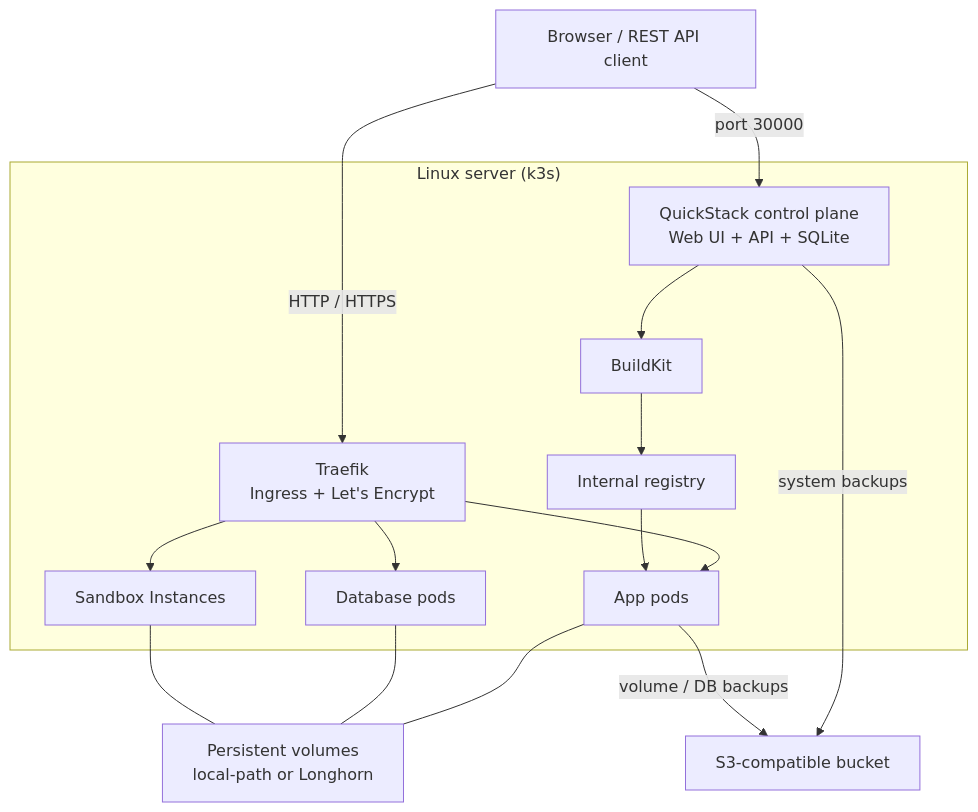
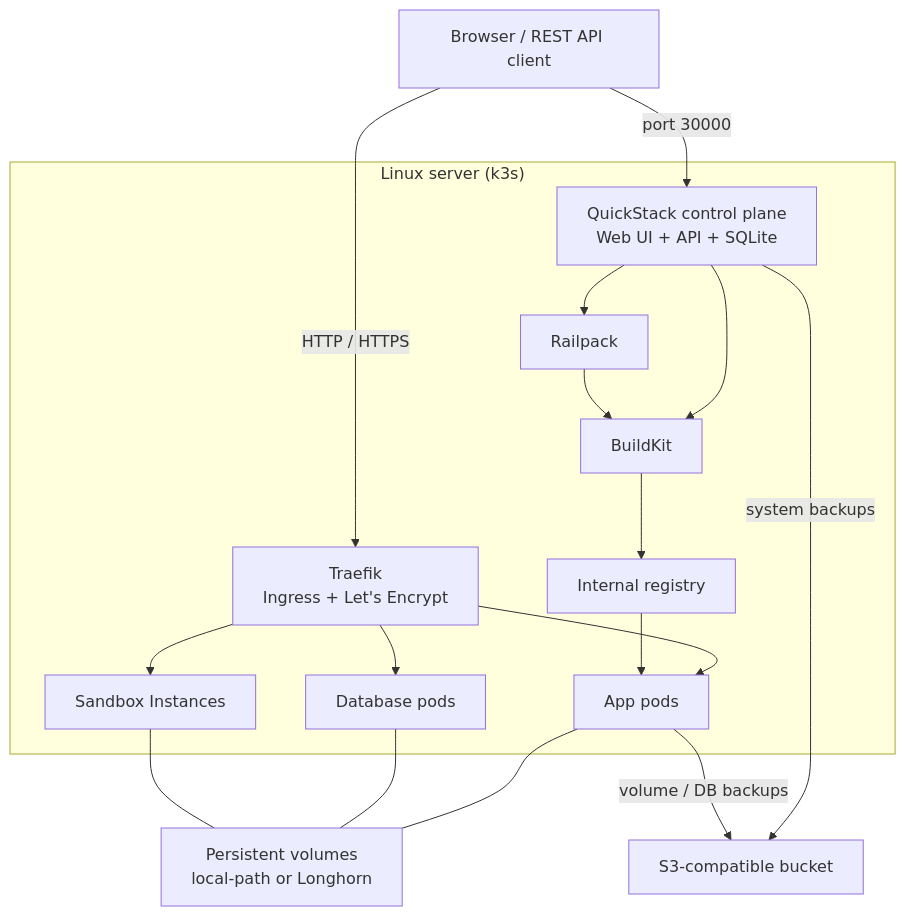
The first of 3 diagrams in content/docs/concepts/architecture.mdx (biersoeckli/QuickStack-Docs), drawn with Mermaid before and after one commit. The commit also changed other lines of this file, not shown here.

First line of the commit message:
docs: add Railpack to the architecture page

````diff
--- a/content/docs/concepts/architecture.mdx
+++ b/content/docs/concepts/architecture.mdx
@@ -27,31 +28,34 @@
 ```mermaid
 flowchart TB
   user["Browser / REST API client"]
 
   subgraph server["Linux server (k3s)"]
     traefik["Traefik<br/>Ingress + Let's Encrypt"]
     qs["QuickStack control plane<br/>Web UI + API + SQLite"]
     buildkit["BuildKit"]
+    railpack["Railpack"]
     registry["Internal registry"]
     app["App pods"]
     db["Database pods"]
     sandbox["Sandbox Instances"]
   end
 
   volume["Persistent volumes<br/>local-path or Longhorn"]
   s3["S3-compatible bucket"]
 
   user -->|"HTTP / HTTPS"| traefik
   user -->|"port 30000"| qs
   traefik --> app
   traefik --> db
   traefik --> sandbox
   qs --> buildkit
+  qs --> railpack
+  railpack --> buildkit
   buildkit --> registry
   registry --> app
   app --- volume
   db --- volume
   sandbox --- volume
   qs -->|"system backups"| s3
   app -->|"volume / DB backups"| s3
 ```
````
